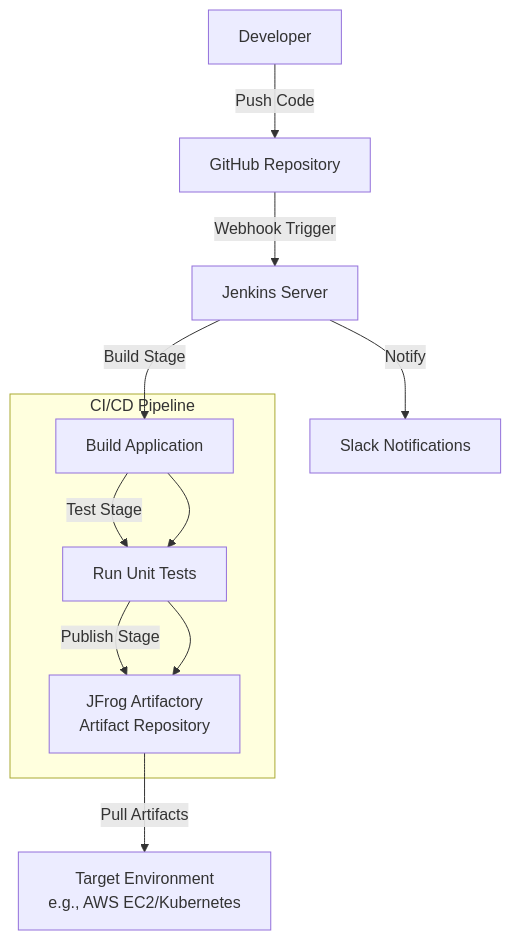
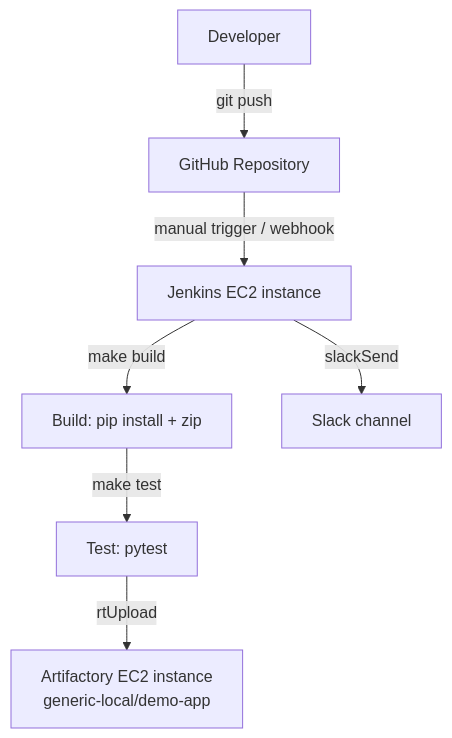
The diagram in README.md (soodrajesh/JFrog-Jenkins-Artifact-Demo), drawn with Mermaid before and after one commit. The commit also changed other lines of this file and 5 other files, not shown here.

````diff
--- a/README.md
+++ b/README.md
@@ -24,13 +15,9 @@
 ```mermaid
 graph TD
-    A[Developer] -->|Push Code| B[GitHub Repository]
-    B -->|Webhook Trigger| C[Jenkins Server]
-    C -->|Build Stage| D[Build Application]
-    D -->|Test Stage| E[Run Unit Tests]
-    E -->|Publish Stage| F[JFrog Artifactory<br>Artifact Repository]
-    F -->|Pull Artifacts| G[Target Environment<br>e.g., AWS EC2/Kubernetes]
-    C -->|Notify| H[Slack Notifications]
-    subgraph CI/CD Pipeline
-        D --> E --> F
-    end
+    A[Developer] -->|git push| B[GitHub Repository]
+    B -->|manual trigger / webhook| C[Jenkins EC2 instance]
+    C -->|make build| D[Build: pip install + zip]
+    D -->|make test| E[Test: pytest]
+    E -->|rtUpload| F[Artifactory EC2 instance<br/>generic-local/demo-app]
+    C -->|slackSend| G[Slack channel]
 ```
````
